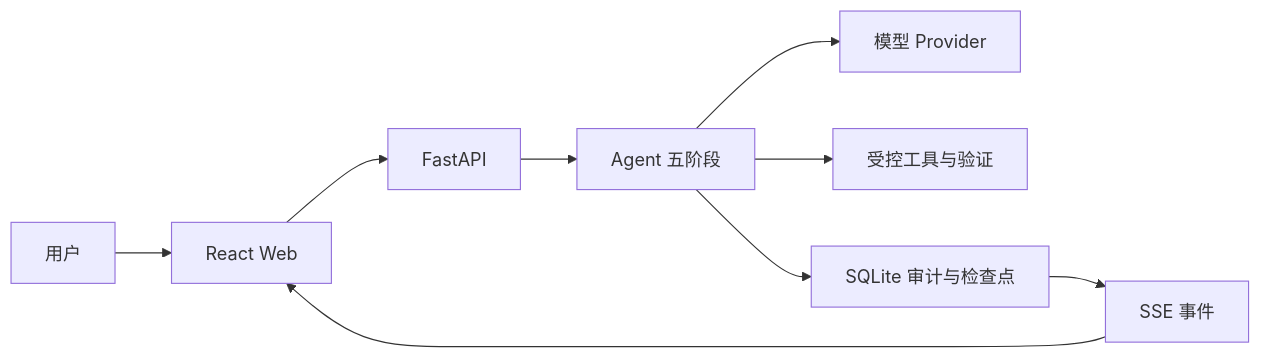
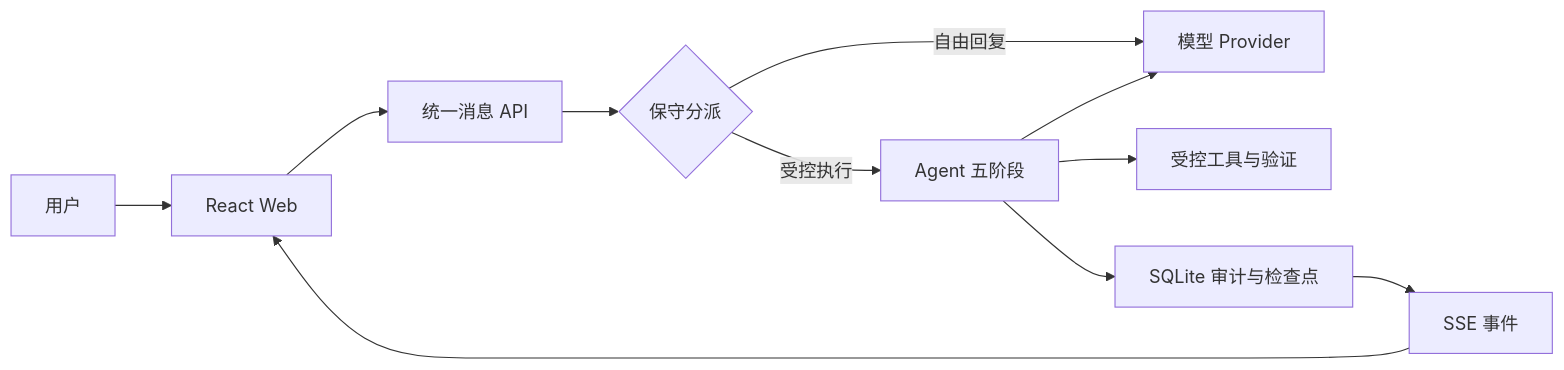
Before and after one commit to fuyao0612/gdaib-ctf-agent: the diagram in README.md, drawn with Mermaid. The commit also changed other lines of this file and 27 other files, not shown here.

````diff
--- a/README.md
+++ b/README.md
@@ -146,11 +152,13 @@
 ```mermaid
 flowchart LR
     U["用户"] --> W["React Web"]
-    W --> A["FastAPI"]
-    A --> G["Agent 五阶段"]
+    W --> A["统一消息 API"]
+    A --> D{"保守分派"}
+    D -->|自由回复| P["模型 Provider"]
+    D -->|受控执行| G["Agent 五阶段"]
     G --> P["模型 Provider"]
     G --> T["受控工具与验证"]
     G --> S["SQLite 审计与检查点"]
     S --> E["SSE 事件"]
     E --> W
 ```
````
